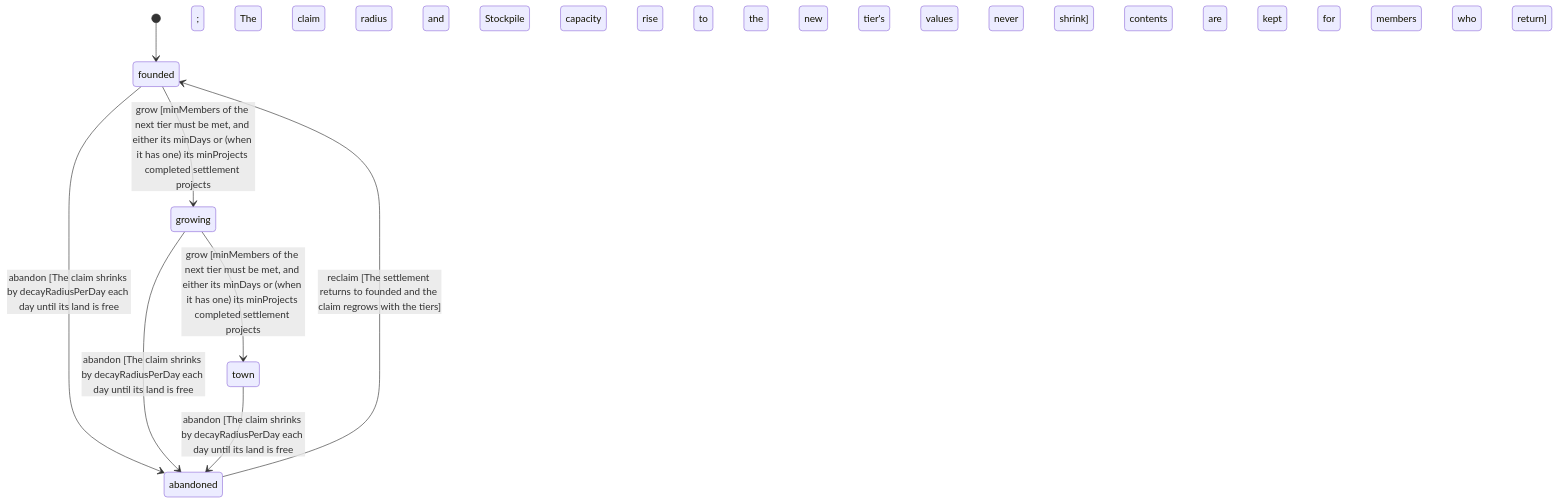
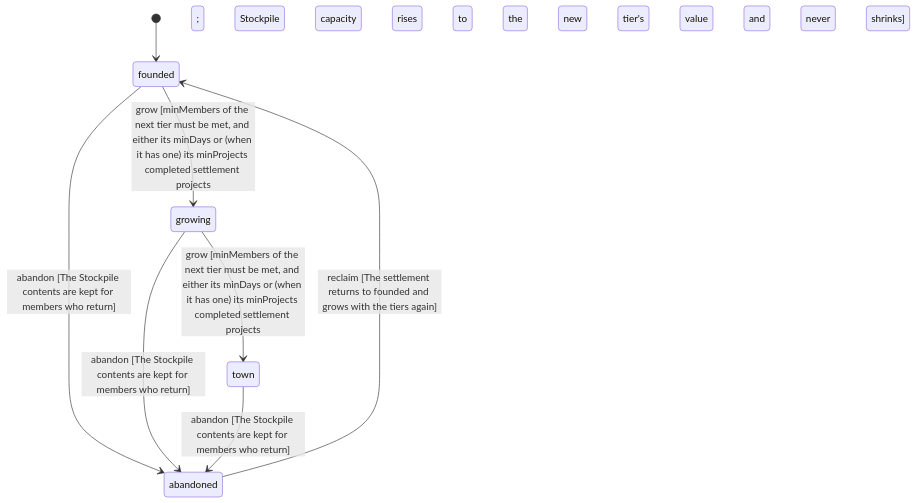
One commit to Tubaleviao/project-nihon changed the diagram in wiki/entities/settlement.md. Above: the diagram before and after it, drawn with Mermaid. The commit also changed other lines of this file and 219 other files, not shown here.

````diff
--- a/wiki/entities/settlement.md
+++ b/wiki/entities/settlement.md
@@ -43,10 +42,10 @@
 ```mermaid
 stateDiagram-v2
   [*] --> founded
-  founded --> growing : grow [minMembers of the next tier must be met, and either its minDays or (when it has one) its minProjects completed settlement projects; The claim radius and Stockpile capacity rise to the new tier's values and never shrink]
-  growing --> town : grow [minMembers of the next tier must be met, and either its minDays or (when it has one) its minProjects completed settlement projects; The claim radius and Stockpile capacity rise to the new tier's values and never shrink]
-  founded --> abandoned : abandon [The claim shrinks by decayRadiusPerDay each day until its land is free; The Stockpile contents are kept for members who return]
-  growing --> abandoned : abandon [The claim shrinks by decayRadiusPerDay each day until its land is free; The Stockpile contents are kept for members who return]
-  town --> abandoned : abandon [The claim shrinks by decayRadiusPerDay each day until its land is free; The Stockpile contents are kept for members who return]
-  abandoned --> founded : reclaim [The settlement returns to founded and the claim regrows with the tiers]
+  founded --> growing : grow [minMembers of the next tier must be met, and either its minDays or (when it has one) its minProjects completed settlement projects; Stockpile capacity rises to the new tier's value and never shrinks]
+  growing --> town : grow [minMembers of the next tier must be met, and either its minDays or (when it has one) its minProjects completed settlement projects; Stockpile capacity rises to the new tier's value and never shrinks]
+  founded --> abandoned : abandon [The Stockpile contents are kept for members who return]
+  growing --> abandoned : abandon [The Stockpile contents are kept for members who return]
+  town --> abandoned : abandon [The Stockpile contents are kept for members who return]
+  abandoned --> founded : reclaim [The settlement returns to founded and grows with the tiers again]
 ```
````
